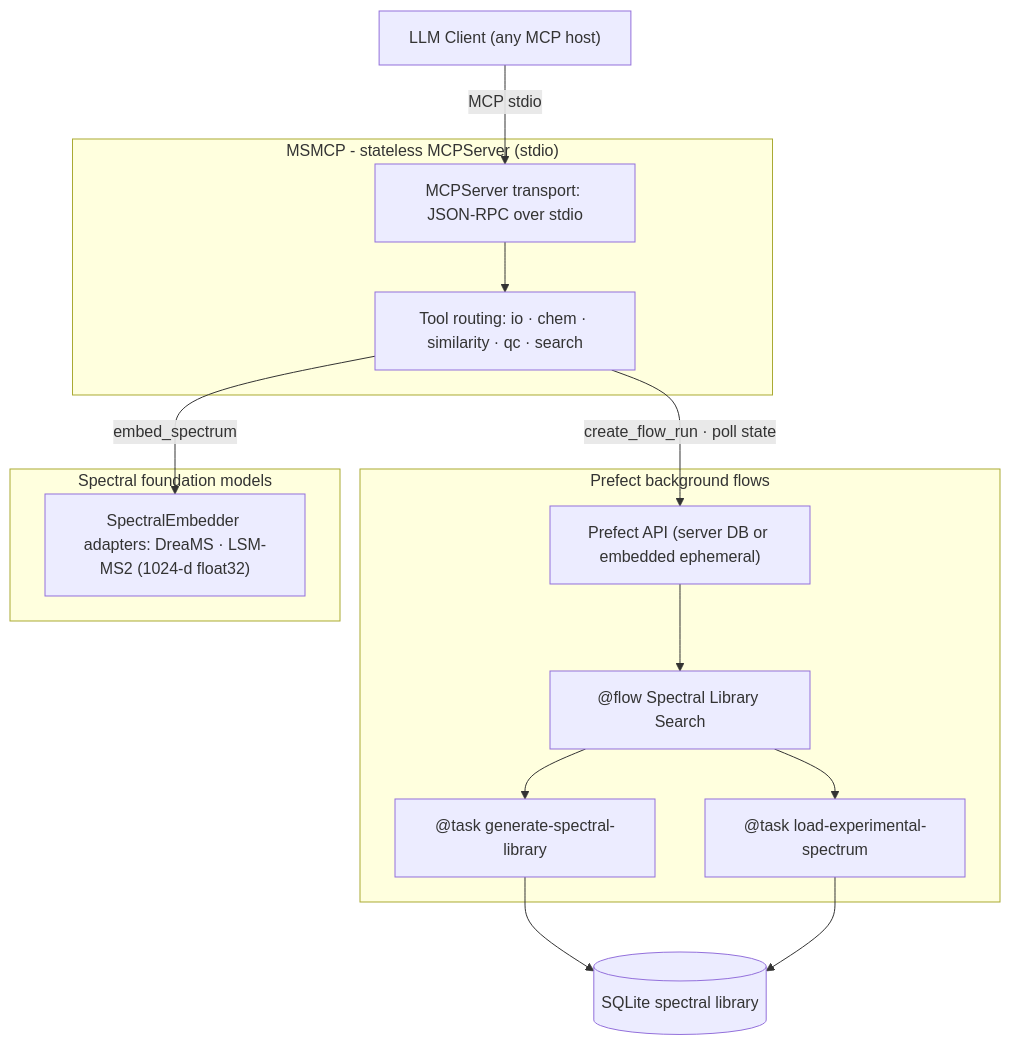
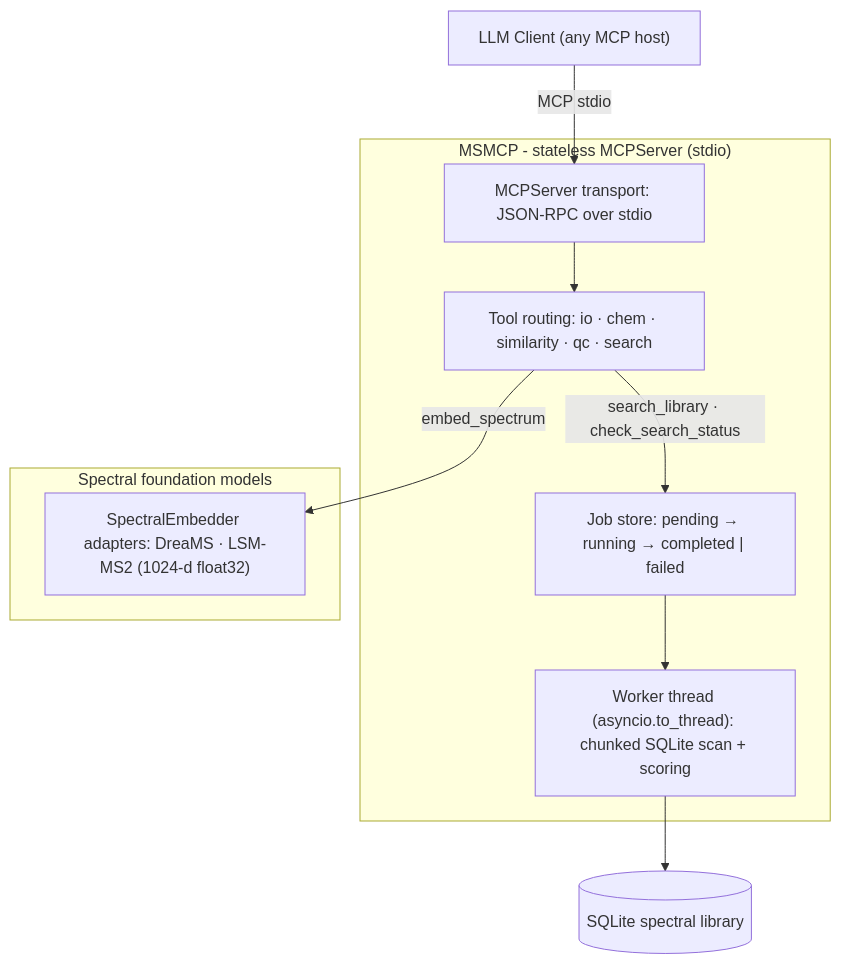
One commit to janusson/MSMCP changed the diagram in README.md. Above: the diagram before and after it, drawn with Mermaid. The commit also changed other lines of this file and 10 other files, not shown here.

First line of the commit message:
Remove Prefect in favor of in-process async jobs

````diff
--- a/README.md
+++ b/README.md
@@ -84,32 +83,27 @@
 ```mermaid
 flowchart TD
     Client["LLM Client (any MCP host)"]
 
     subgraph MSMCP["MSMCP - stateless MCPServer (stdio)"]
         Transport["MCPServer transport: JSON-RPC over stdio"]
         ToolRouting["Tool routing: io · chem · similarity · qc · search"]
     end
 
-    subgraph Prefect["Prefect background flows"]
-        API["Prefect API (server DB or embedded ephemeral)"]
-        Flow["@flow Spectral Library Search"]
-        TaskDB["@task generate-spectral-library"]
-        TaskLoad["@task load-experimental-spectrum"]
+    subgraph MSMCP["MSMCP - in-process async jobs"]
+        JobStore["Job store: pending → running → completed | failed"]
+        Worker["Worker thread (asyncio.to_thread): chunked SQLite scan + scoring"]
     end
 
     subgraph Models["Spectral foundation models"]
         Embedders["SpectralEmbedder adapters: DreaMS · LSM-MS2 (1024-d float32)"]
     end
 
     DB[("SQLite spectral library")]
 
     Client -->|MCP stdio| Transport
     Transport --> ToolRouting
     ToolRouting -->|embed_spectrum| Embedders
-    ToolRouting -->|"create_flow_run · poll state"| API
-    API --> Flow
-    Flow --> TaskDB
-    Flow --> TaskLoad
-    TaskDB --> DB
-    TaskLoad --> DB
+    ToolRouting -->|"search_library · check_search_status"| JobStore
+    JobStore --> Worker
+    Worker --> DB
 ```
````
